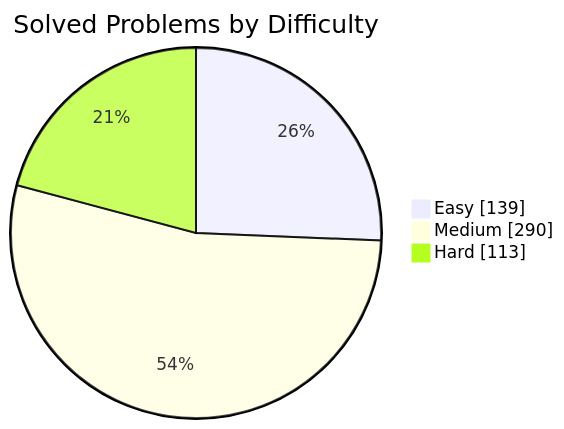
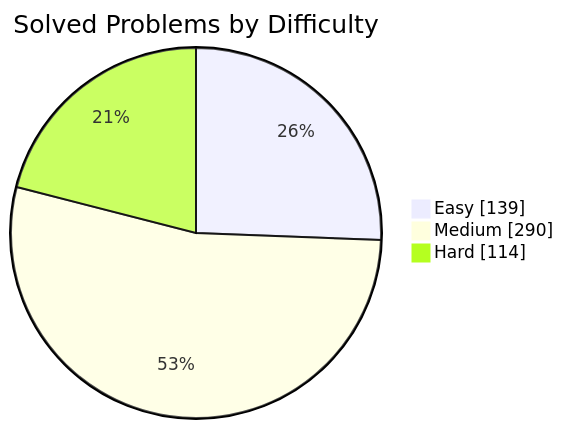
One commit to manikantbindass/DSA-Preparation-FAANG changed the first of 2 diagrams in README.md. Above: the diagram before and after it, drawn with Mermaid. The commit also changed other lines of this file and 1 other file, not shown here.

````diff
--- a/README.md
+++ b/README.md
@@ -79,7 +79,7 @@
 ```mermaid
 pie showData
     title Solved Problems by Difficulty
     "Easy" : 139
     "Medium" : 290
-    "Hard" : 113
+    "Hard" : 114
 ```
````
